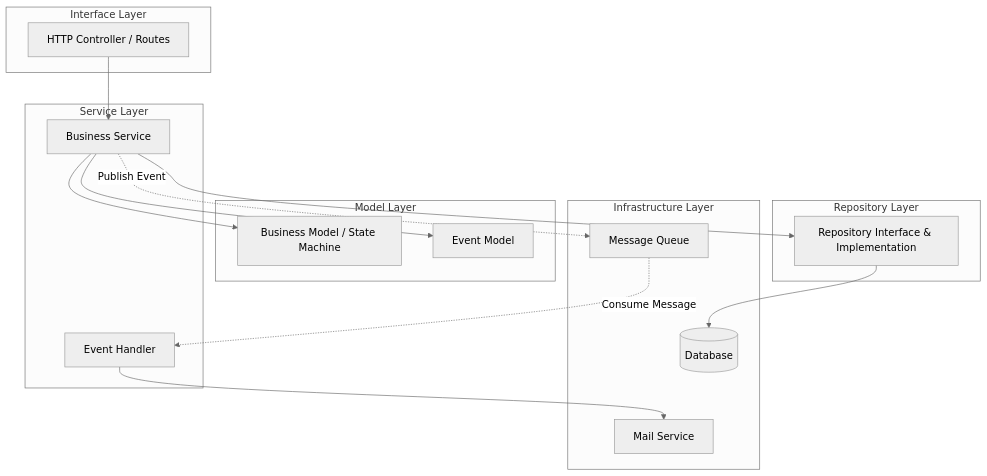
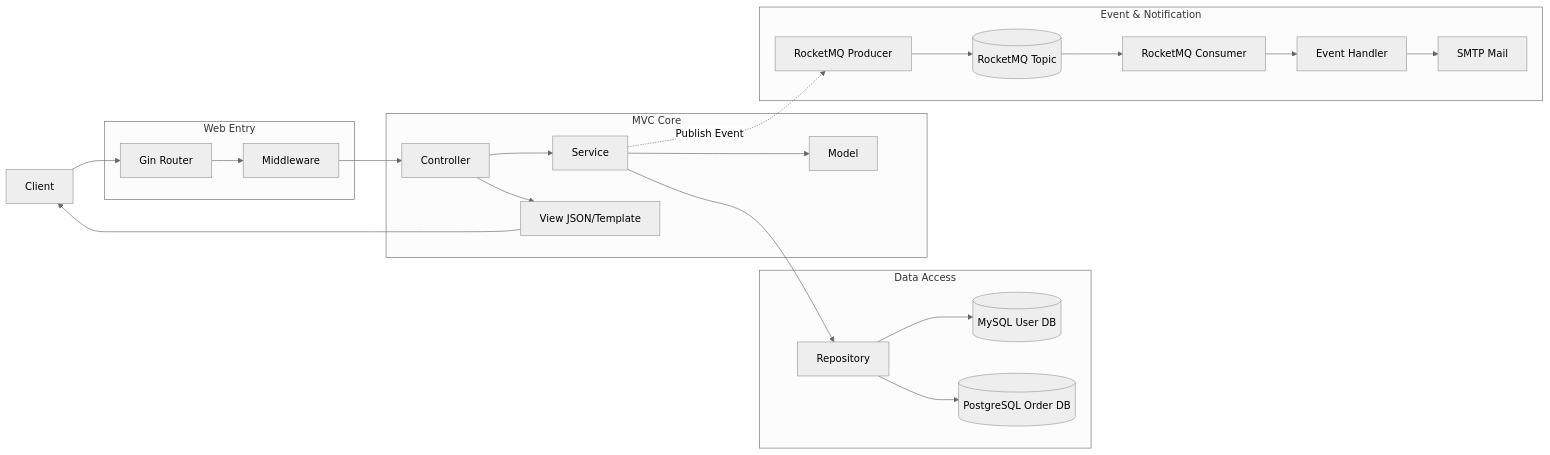
Before and after one commit to microwind/design-patterns: the diagram in practice-projects/gin-mvc/Gin-Framework-MVC-Scaffold-en.md, drawn with Mermaid (neutral theme). The commit also changed 17 other files, not shown here.

Commit message:
add pagenation for springboot4ddd & add gin-mvc

````diff
--- a/practice-projects/gin-mvc/Gin-Framework-MVC-Scaffold-en.md
+++ b/practice-projects/gin-mvc/Gin-Framework-MVC-Scaffold-en.md
@@ -44,35 +44,47 @@
 ```mermaid
-flowchart TB
-    subgraph InterfaceLayer["Interface Layer"]
-        Controller[HTTP Controller / Routes]
+flowchart LR
+    Client[Client]
+
+    subgraph Web["Web Entry"]
+        Router[Gin Router]
+        Middleware[Middleware]
     end
 
-    subgraph ServiceLayer["Service Layer"]
-        Service[Business Service]
-        EventHandler[Event Handler]
+    subgraph MVC["MVC Core"]
+        Controller[Controller]
+        Service[Service]
+        Model[Model]
+        View[View JSON/Template]
     end
 
-    subgraph RepositoryLayer["Repository Layer"]
-        Repository[Repository Interface & Implementation]
+    subgraph Repo["Data Access"]
+        Repository[Repository]
+        UserDB[(MySQL User DB)]
+        OrderDB[(PostgreSQL Order DB)]
     end
 
-    subgraph ModelLayer["Model Layer"]
-        Model[Business Model / State Machine]
-        EventModel[Event Model]
+    subgraph Event["Event & Notification"]
+        Producer[RocketMQ Producer]
+        Topic[(RocketMQ Topic)]
+        Consumer[RocketMQ Consumer]
+        Handler[Event Handler]
+        Mail[SMTP Mail]
     end
 
-    subgraph InfrastructureLayer["Infrastructure Layer"]
-        MQ[Message Queue]
-        Mail[Mail Service]
-        DB[(Database)]
-    end
+    Client --> Router
+    Router --> Middleware
+    Middleware --> Controller
+    Controller --> Service
+    Service --> Model
+    Service --> Repository
+    Repository --> UserDB
+    Repository --> OrderDB
+    Controller --> View
+    View --> Client
 
-    Controller --> Service
-    Service --> Repository
-    Service --> Model
-    Service --> EventModel
-    Repository --> DB
-    Service -.Publish Event.-> MQ
-    MQ -.Consume Message.-> EventHandler
-    EventHandler --> Mail
+    Service -.Publish Event.-> Producer
+    Producer --> Topic
+    Topic --> Consumer
+    Consumer --> Handler
+    Handler --> Mail
 ```
````
